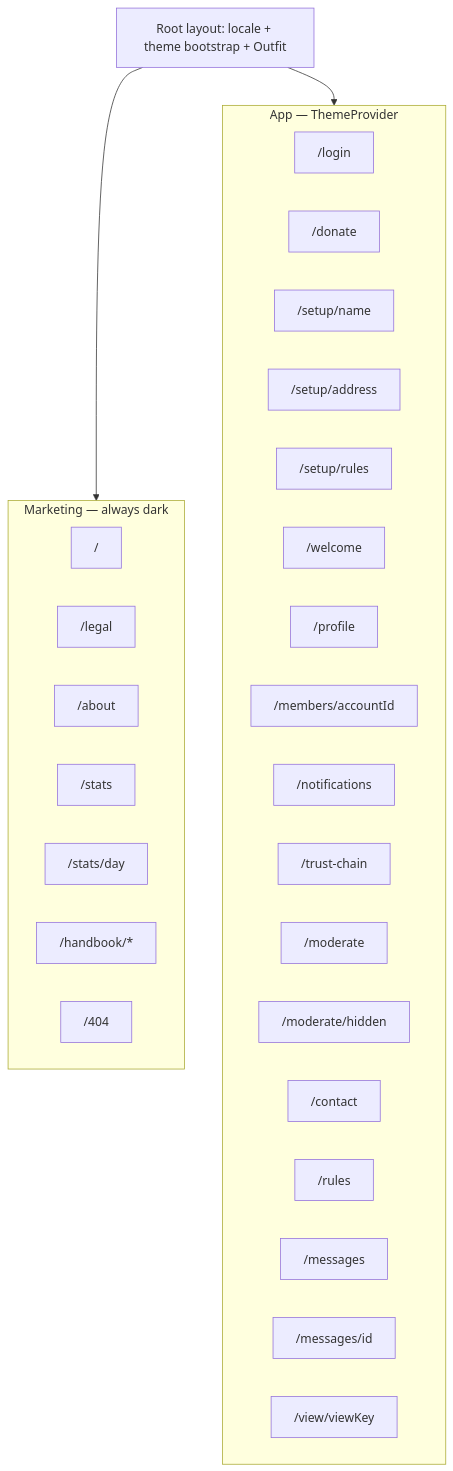
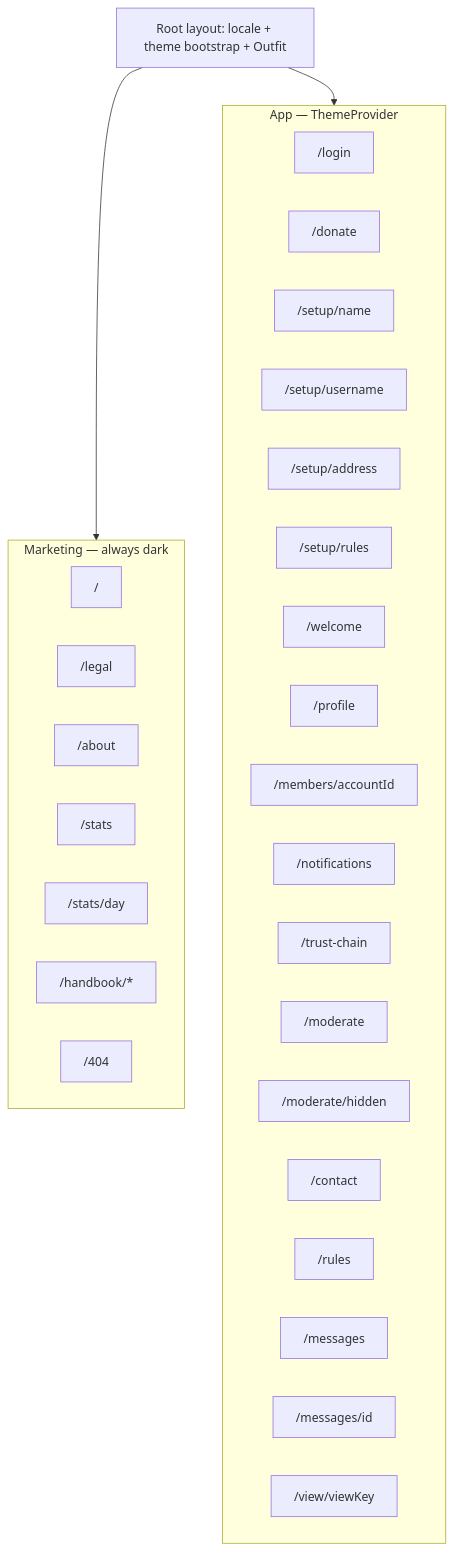
One commit to 21gifts/app changed the second of 3 diagrams in docs/ui.md. Above: the diagram before and after it, drawn with Mermaid. The commit also changed other lines of this file and 12 other files, not shown here.

````diff
--- a/docs/ui.md
+++ b/docs/ui.md
@@ -336,34 +336,35 @@
 ```mermaid
 flowchart TB
   subgraph mkt [Marketing — always dark]
     R["/"]
     L["/legal"]
     A["/about"]
     S["/stats"]
     SD["/stats/day"]
     H["/handbook/*"]
     F["/404"]
   end
   subgraph app [App — ThemeProvider]
     LI["/login"]
     DO["/donate"]
     SN["/setup/name"]
+    SU["/setup/username"]
     SA["/setup/address"]
     SR["/setup/rules"]
     W["/welcome"]
     P["/profile"]
     MEM["/members/accountId"]
     N["/notifications"]
     TC["/trust-chain"]
     MO["/moderate"]
     MOH["/moderate/hidden"]
     C["/contact"]
     RU["/rules"]
     IN["/messages"]
     MID["/messages/id"]
     V["/view/viewKey"]
   end
   root[Root layout: locale + theme bootstrap + Outfit]
   root --> mkt
   root --> app
 ```
````
